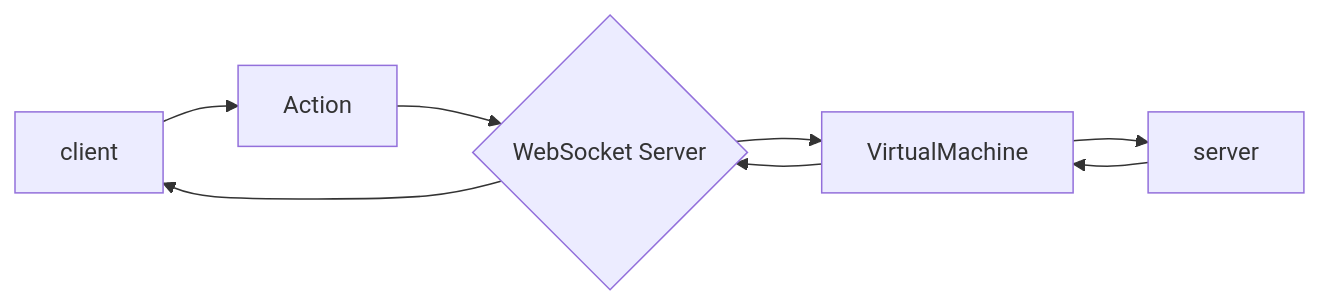
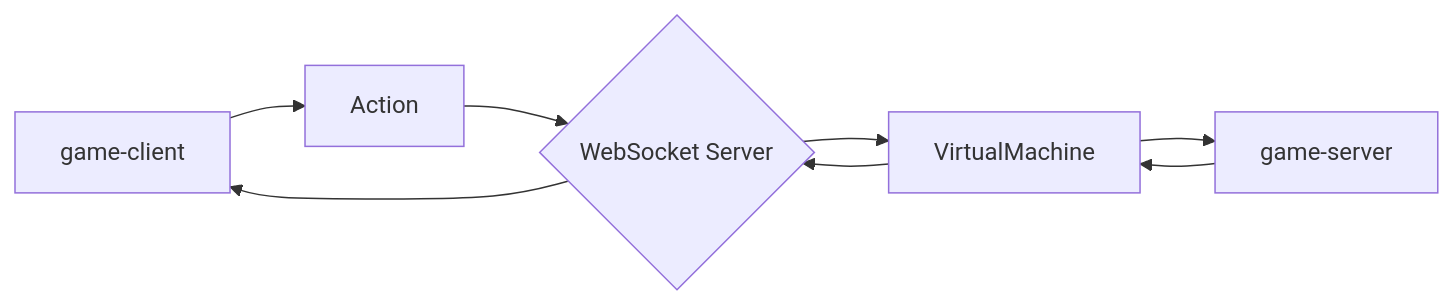
Before and after one commit to acosgames/acosgames.github.io: the diagram in docs/development.md, drawn with Mermaid. The commit also changed other lines of this file and 1 other file, not shown here.

````diff
--- a/docs/development.md
+++ b/docs/development.md
@@ -13,10 +13,10 @@
 ```mermaid
 graph LR
-  A[client] --> B[Action]
+  A[game-client] --> B[Action]
   B[Action] --> C{WebSocket Server};
   C --> D[VirtualMachine];
-  D --> E[server];
+  D --> E[game-server];
   E --> D;
   D --> C;
   C --> A;
 ```
````
